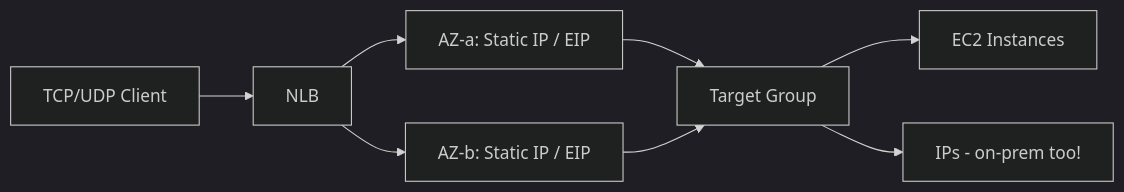
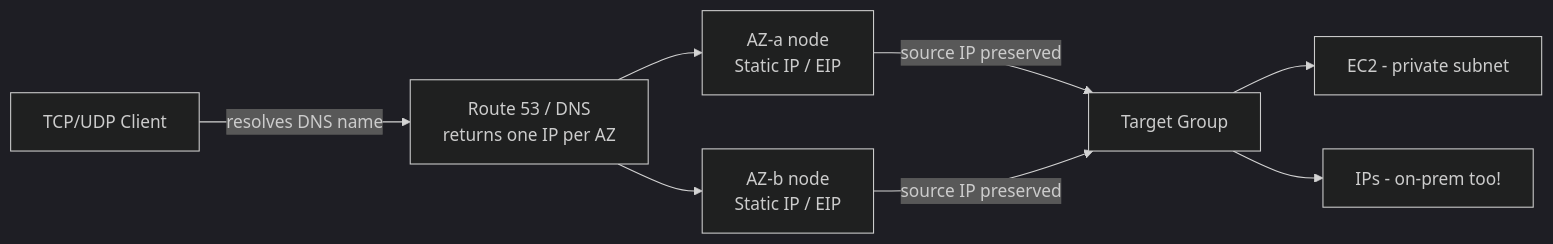
The fourth of 6 diagrams in AWS-SAP-C02-Study-Notes/03-Compute-Storage/04-elb-types.md (vijayclarion/architecturestudy), drawn with Mermaid (dark theme) before and after one commit. The commit also changed other lines of this file and 119 other files, not shown here.

````diff
--- a/AWS-SAP-C02-Study-Notes/03-Compute-Storage/04-elb-types.md
+++ b/AWS-SAP-C02-Study-Notes/03-Compute-Storage/04-elb-types.md
@@ -112,11 +176,11 @@
 ```mermaid
 flowchart LR
-    CLIENT[TCP/UDP Client] --> NLB
-    NLB --> AZ1[AZ-a: Static IP / EIP]
-    NLB --> AZ2[AZ-b: Static IP / EIP]
-    
-    AZ1 --> TG[Target Group]
-    AZ2 --> TG
-    TG --> EC2[EC2 Instances]
+    CLIENT[TCP/UDP Client] -->|resolves DNS name| R53[Route 53 / DNS<br/>returns one IP per AZ]
+    R53 --> AZ1[AZ-a node<br/>Static IP / EIP]
+    R53 --> AZ2[AZ-b node<br/>Static IP / EIP]
+
+    AZ1 -->|source IP preserved| TG[Target Group]
+    AZ2 -->|source IP preserved| TG
+    TG --> EC2[EC2 - private subnet]
     TG --> IPS[IPs - on-prem too!]
 ```
````
